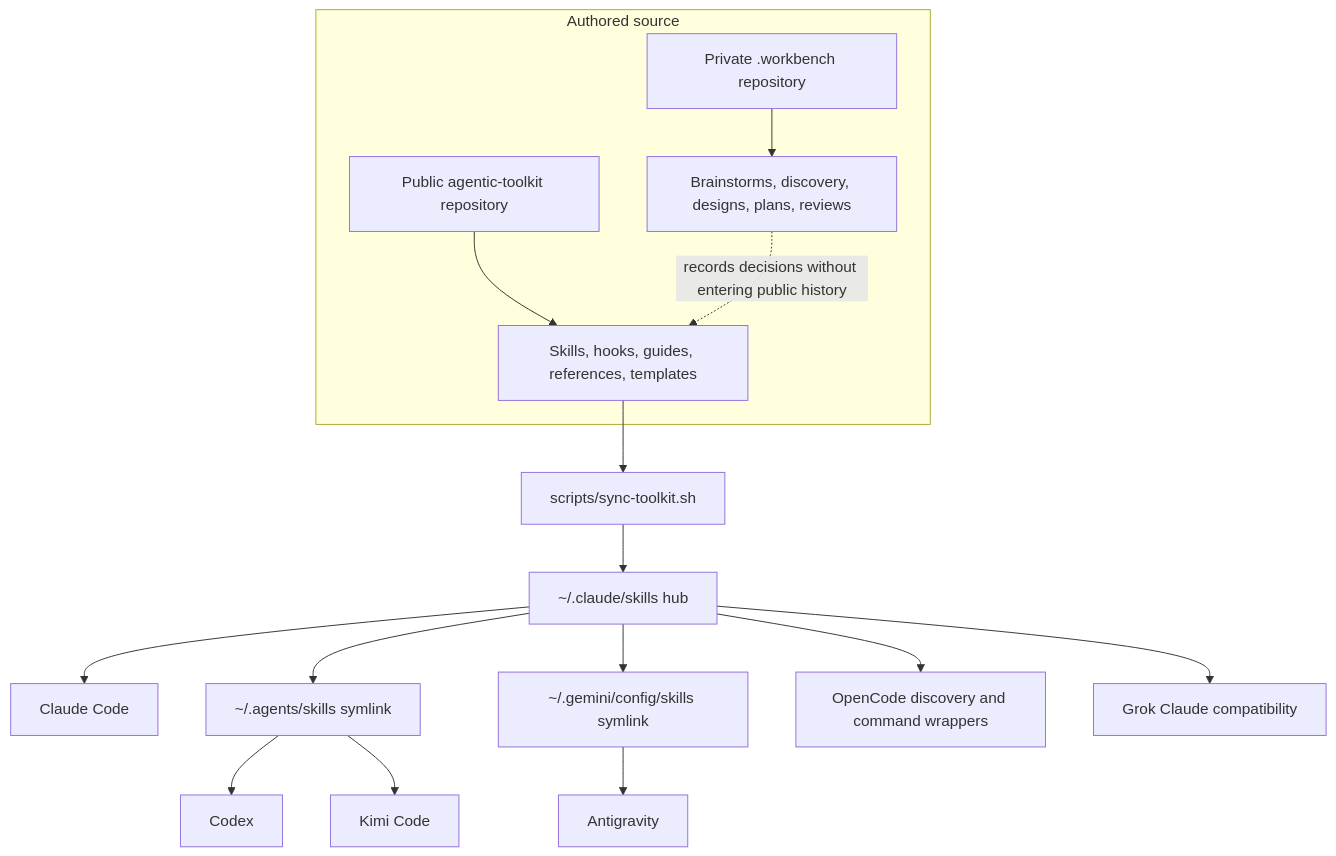
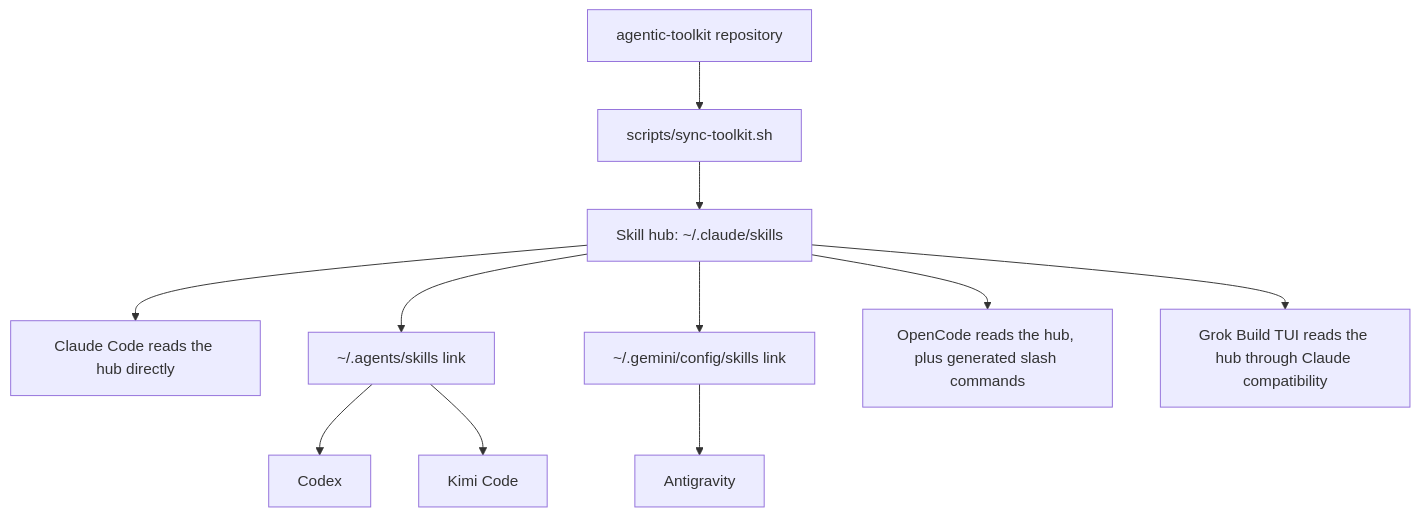
Before and after one commit to carlosboeing/agentic-toolkit: the first of 2 diagrams in README.md, drawn with Mermaid. The commit also changed other lines of this file and 43 other files, not shown here.

````diff
--- a/README.md
+++ b/README.md
@@ -21,21 +21,13 @@
 ```mermaid
 flowchart TB
-    subgraph Source["Authored source"]
-        Toolkit["Public agentic-toolkit repository"]
-        Workbench["Private .workbench repository"]
-        Toolkit --> PublicState["Skills, hooks, guides, references, templates"]
-        Workbench --> PrivateState["Brainstorms, discovery, designs, plans, reviews"]
-        PrivateState -. "records decisions without entering public history" .-> PublicState
-    end
-
-    PublicState --> Sync["scripts/sync-toolkit.sh"]
-    Sync --> Hub["~/.claude/skills hub"]
-    Hub --> Claude["Claude Code"]
-    Hub --> SharedSpoke["~/.agents/skills symlink"]
-    SharedSpoke --> Codex["Codex"]
-    SharedSpoke --> Kimi["Kimi Code"]
-    Hub --> GeminiSpoke["~/.gemini/config/skills symlink"]
-    GeminiSpoke --> Antigravity["Antigravity"]
-    Hub --> OpenCode["OpenCode discovery and command wrappers"]
-    Hub --> Grok["Grok Claude compatibility"]
+    Repo["agentic-toolkit repository"] --> Sync["scripts/sync-toolkit.sh"]
+    Sync --> Hub["Skill hub: ~/.claude/skills"]
+    Hub --> Claude["Claude Code reads the hub directly"]
+    Hub --> Agents["~/.agents/skills link"]
+    Agents --> Codex["Codex"]
+    Agents --> Kimi["Kimi Code"]
+    Hub --> Gemini["~/.gemini/config/skills link"]
+    Gemini --> Antigravity["Antigravity"]
+    Hub --> OpenCode["OpenCode reads the hub, plus generated slash commands"]
+    Hub --> Grok["Grok Build TUI reads the hub through Claude compatibility"]
 ```
````
